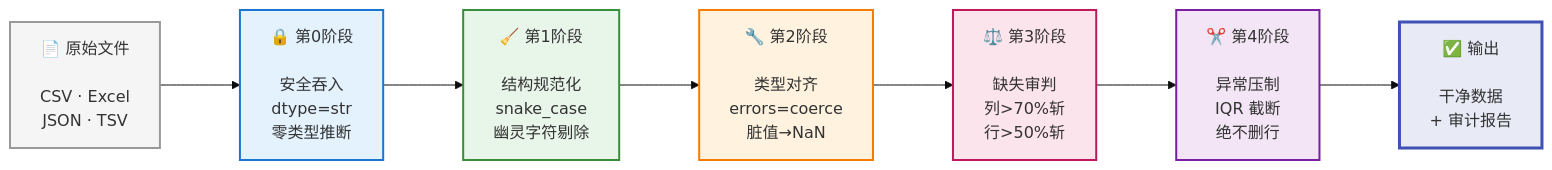
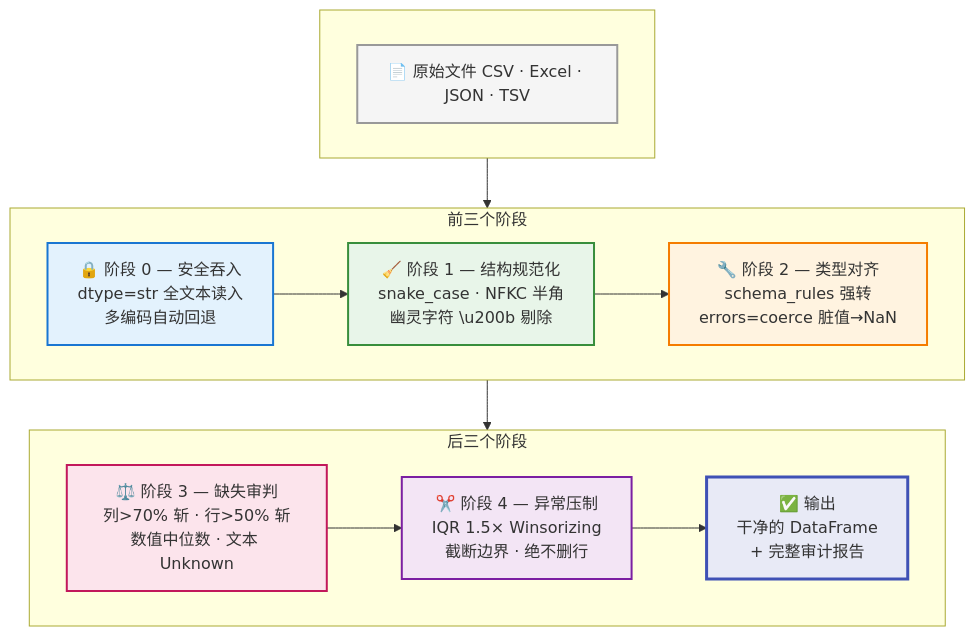
Before and after one commit to lytssaa/data-cleaning-skill: the diagram in README.md, drawn with Mermaid.

Commit message:
docs: 管道图改为三行排版 标题+前三阶段+后三阶段

````diff
--- a/README.md
+++ b/README.md
@@ -100,18 +100,29 @@
 ```mermaid
-%%{init: {'theme': 'base', 'flowchart': {'nodeSpacing': 60, 'rankSpacing': 80}}}%%
-flowchart LR
-    A["📄 原始文件<br/><br/>CSV · Excel<br/>JSON · TSV"] --> B["🔒 第0阶段<br/><br/>安全吞入<br/>dtype=str<br/>零类型推断"]
-    B --> C["🧹 第1阶段<br/><br/>结构规范化<br/>snake_case<br/>幽灵字符剔除"]
-    C --> D["🔧 第2阶段<br/><br/>类型对齐<br/>errors=coerce<br/>脏值→NaN"]
-    D --> E["⚖️ 第3阶段<br/><br/>缺失审判<br/>列>70%斩<br/>行>50%斩"]
-    E --> F["✂️ 第4阶段<br/><br/>异常压制<br/>IQR 截断<br/>绝不删行"]
-    F --> G["✅ 输出<br/><br/>干净数据<br/>+ 审计报告"]
+flowchart TB
+    subgraph title[" "]
+        direction LR
+        T["📄 原始文件 CSV · Excel · JSON · TSV"]
+    end
 
-    style A fill:#f5f5f5,stroke:#999,stroke-width:2px
+    subgraph row1["前三个阶段"]
+        direction LR
+        B["🔒 阶段 0 — 安全吞入<br/>dtype=str 全文本读入<br/>多编码自动回退"] --> C["🧹 阶段 1 — 结构规范化<br/>snake_case · NFKC 半角<br/>幽灵字符 \u200b 剔除"]
+        C --> D["🔧 阶段 2 — 类型对齐<br/>schema_rules 强转<br/>errors=coerce 脏值→NaN"]
+    end
+
+    subgraph row2["后三个阶段"]
+        direction LR
+        E["⚖️ 阶段 3 — 缺失审判<br/>列>70% 斩 · 行>50% 斩<br/>数值中位数 · 文本 Unknown"] --> F["✂️ 阶段 4 — 异常压制<br/>IQR 1.5× Winsorizing<br/>截断边界 · 绝不删行"]
+        F --> G["✅ 输出<br/>干净的 DataFrame<br/>+ 完整审计报告"]
+    end
+
+    title --> row1 --> row2
+
+    style T fill:#f5f5f5,stroke:#999,stroke-width:2px
     style B fill:#e3f2fd,stroke:#1976d2,stroke-width:2px
     style C fill:#e8f5e9,stroke:#388e3c,stroke-width:2px
     style D fill:#fff3e0,stroke:#f57c00,stroke-width:2px
     style E fill:#fce4ec,stroke:#c2185b,stroke-width:2px
     style F fill:#f3e5f5,stroke:#7b1fa2,stroke-width:2px
     style G fill:#e8eaf6,stroke:#3f51b5,stroke-width:3px
 ```
````
